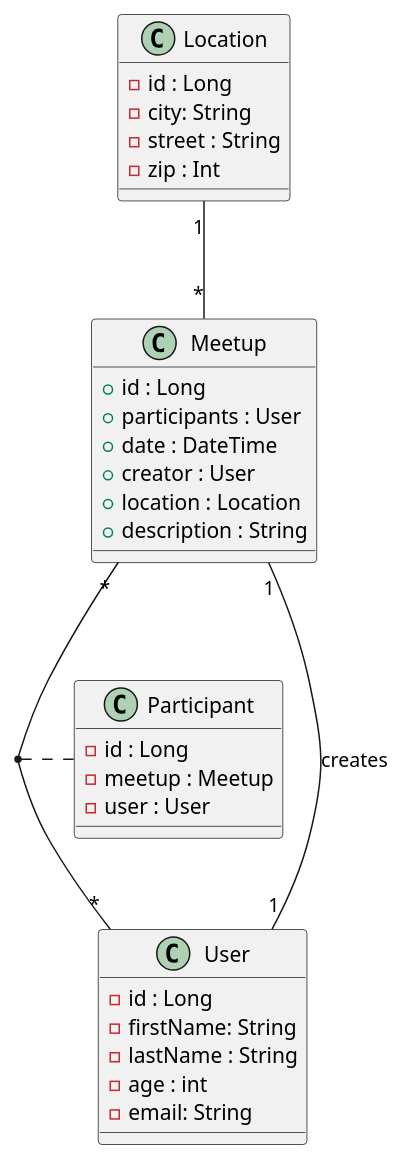
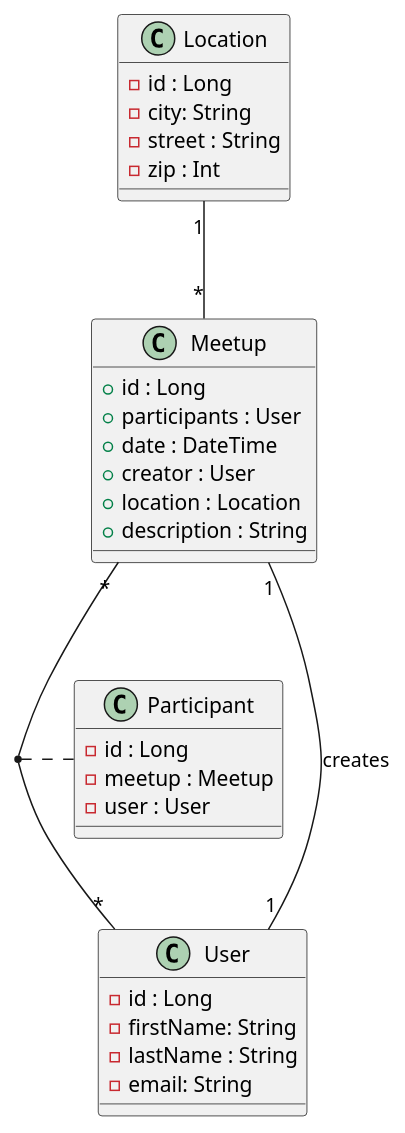
The diagram in asciidocs/puml/Klassendiagramm.puml (2223-3bhif-syp/02-projekte-mopedmeetup), drawn with PlantUML before and after one commit. The commit also changed 9 other files, not shown here.

```diff
--- a/asciidocs/puml/Klassendiagramm.puml
+++ b/asciidocs/puml/Klassendiagramm.puml
@@ -1,38 +1,37 @@
 @startuml
 class User {
     - id : Long
     - firstName: String
     - lastName : String
-    - age : int
     - email: String
 }
 class Meetup {
     + id : Long
     + participants : User
     + date : DateTime
     + creator : User
     + location : Location
     + description : String
 }
 
 class Location {
     - id : Long
     - city: String
     - street : String
     - zip : Int
 }
 
 class Participant {
     - id : Long
     - meetup : Meetup
     - user : User
 }
 
 
 
 Location "1"--"*" Meetup : ""
 Meetup "1"--"1" User : "creates"
 Meetup "*"--"*" User : ""
 (User, Meetup) .. Participant
 
 @enduml
```
